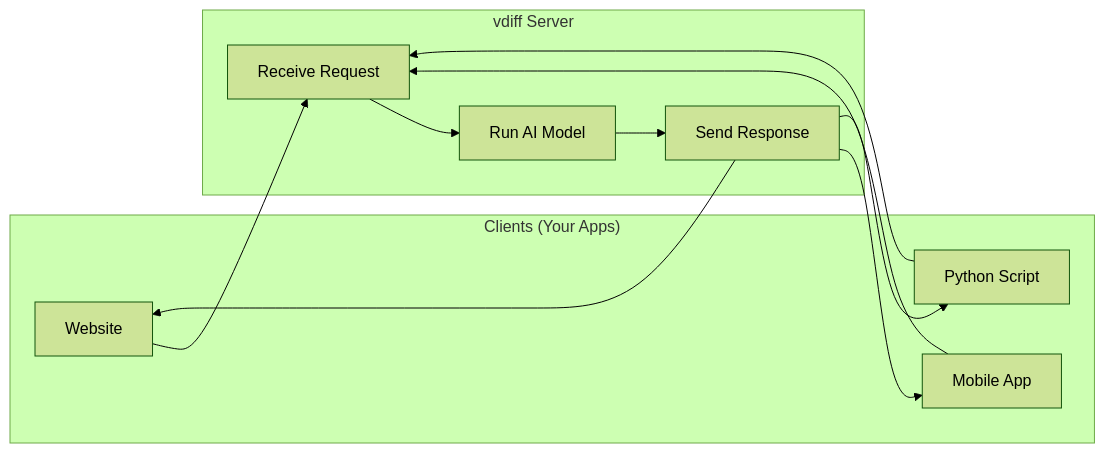
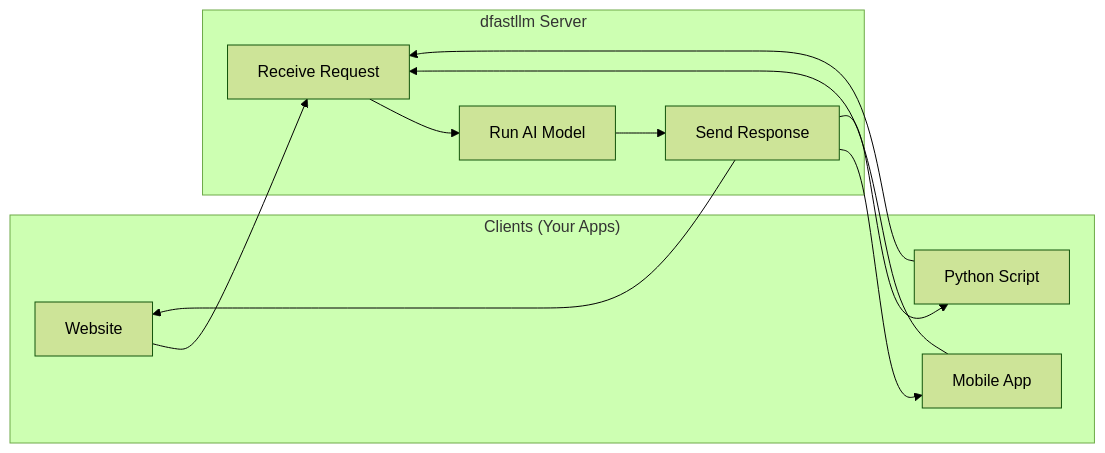
One commit to mwaykole/vdiff changed the seventh of 13 diagrams in docs/dev-doc/01-concepts.md. Above: the diagram before and after it, drawn with Mermaid (forest theme). The commit also changed other lines of this file and 53 other files, not shown here.

First line of the commit message:
refactor: Rename all vdiff references to dfastllm

````diff
--- a/docs/dev-doc/01-concepts.md
+++ b/docs/dev-doc/01-concepts.md
@@ -158,22 +158,22 @@
 ```mermaid
 flowchart LR
     subgraph Clients["Clients (Your Apps)"]
         C1[Website]
         C2[Mobile App]
         C3[Python Script]
     end
     
-    subgraph Server["vdiff Server"]
+    subgraph Server["dfastllm Server"]
         API[Receive Request]
         PROCESS[Run AI Model]
         RESPOND[Send Response]
     end
     
     C1 --> API
     C2 --> API
     C3 --> API
     API --> PROCESS --> RESPOND
     RESPOND --> C1
     RESPOND --> C2
     RESPOND --> C3
 ```
````
